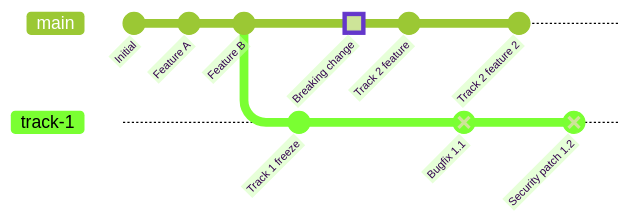
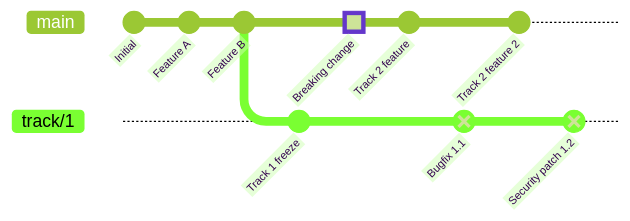
Before and after one commit to charmarr/charmarr-meta: the second of 4 diagrams in adr/apps/adr-014-release-flow.md, drawn with Mermaid (forest theme). The commit also changed other lines of this file, not shown here.

````diff
--- a/adr/apps/adr-014-release-flow.md
+++ b/adr/apps/adr-014-release-flow.md
@@ -107,18 +107,18 @@
 ```mermaid
 gitGraph
     commit id: "Initial"
     commit id: "Feature A"
     commit id: "Feature B"
-    branch track-1
-    checkout track-1
+    branch track/1
+    checkout track/1
     commit id: "Track 1 freeze"
     checkout main
     commit id: "Breaking change" type: HIGHLIGHT
     commit id: "Track 2 feature"
-    checkout track-1
+    checkout track/1
     commit id: "Bugfix 1.1" type: REVERSE
     checkout main
     commit id: "Track 2 feature 2"
-    checkout track-1
+    checkout track/1
     commit id: "Security patch 1.2" type: REVERSE
 ```
````
